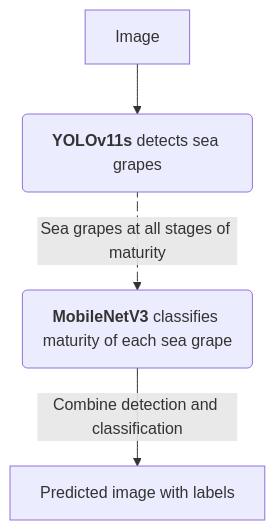
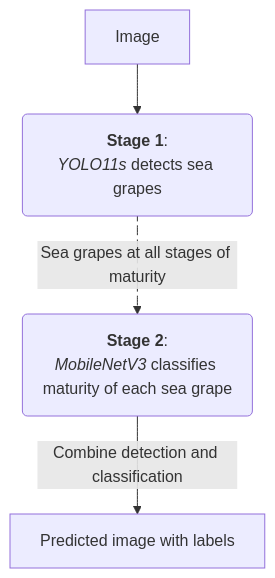
The diagram in README.md (kORNkin/InspireLab-SeaGrapeDetection), drawn with Mermaid before and after one commit. The commit also changed other lines of this file and 6 other files, not shown here.

````diff
--- a/README.md
+++ b/README.md
@@ -19,7 +23,7 @@
 ```mermaid
 graph TD;
-    image[Image] --> yolo("`**YOLOv11s** detects sea grapes`");
-    yolo e1@--> |Sea grapes at all stages of maturity| classifier("`**MobileNetV3** classifies maturity of each sea grape`");
+    image[Image] --> yolo("`**Stage 1**:<br>*YOLO11s* detects sea grapes`");
+    yolo e1@--> |Sea grapes at all stages of maturity| classifier("`**Stage 2**:<br>*MobileNetV3* classifies maturity of each sea grape`");
     e1@{ animation: fast }
     classifier -- Combine detection and classification --> result[Predicted image with labels]
 ```
````
